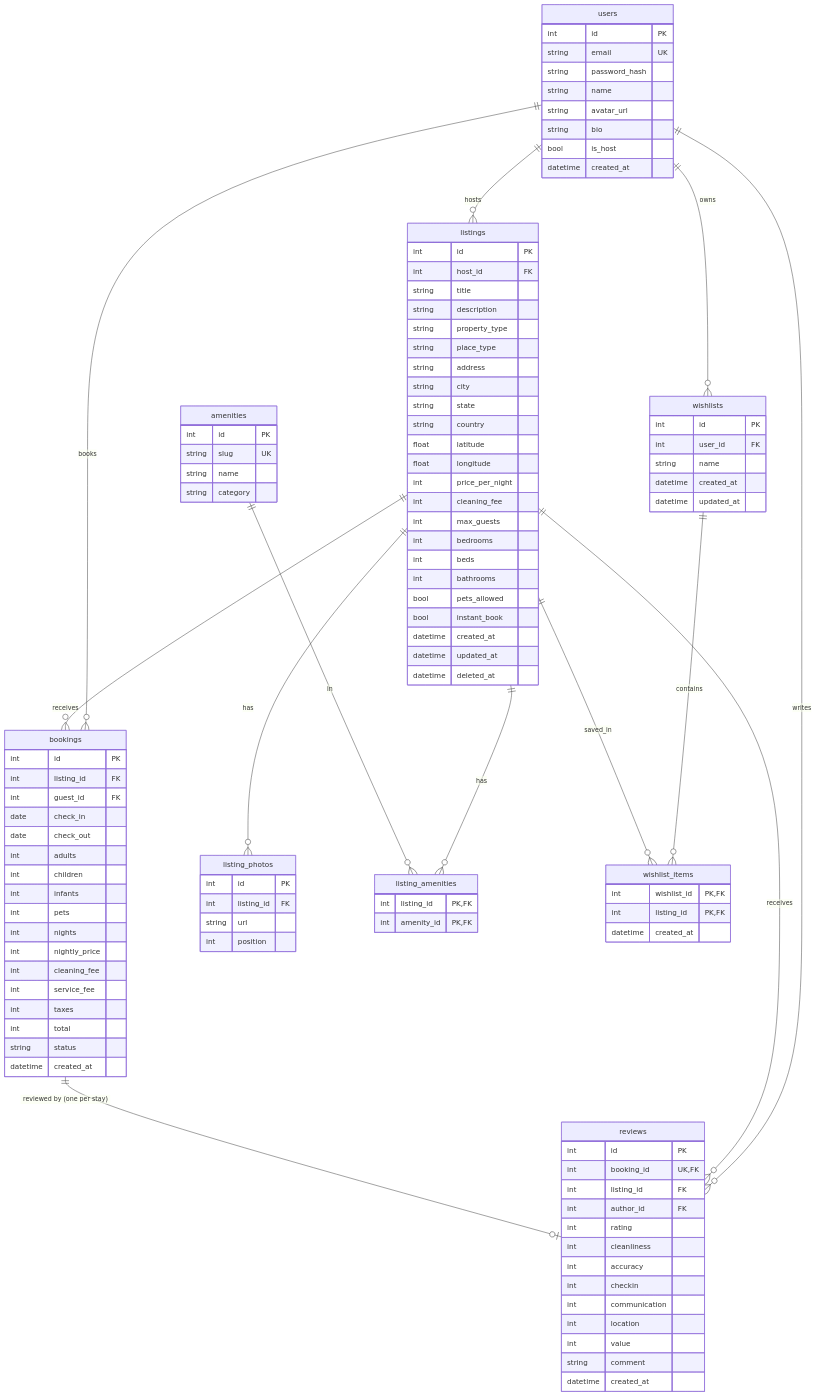
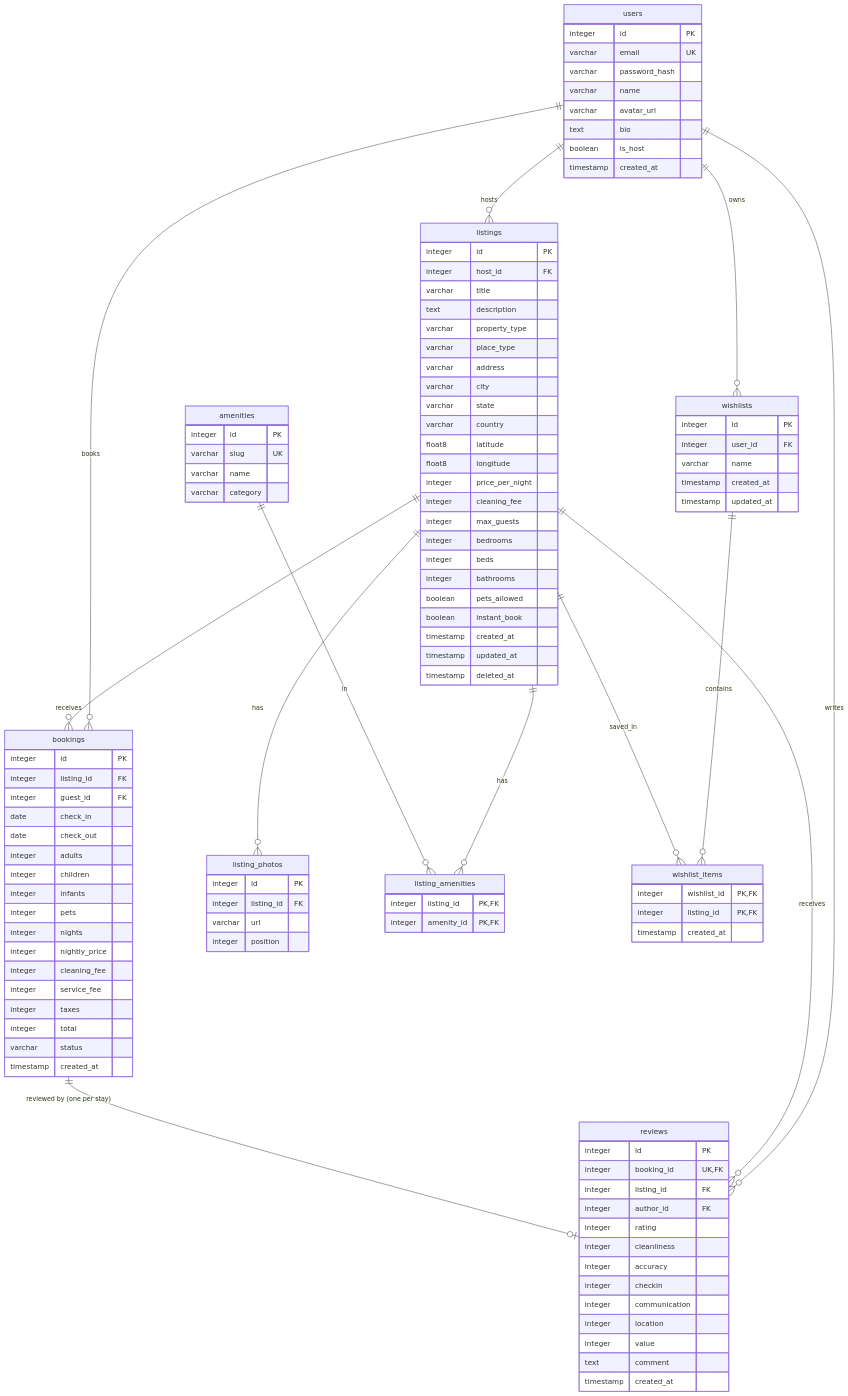
The second of 2 diagrams in README.md (kshitizj03/airbnb-clone), drawn with Mermaid before and after one commit. The commit also changed other lines of this file, not shown here.

````diff
--- a/README.md
+++ b/README.md
@@ -99,100 +99,100 @@
   listings ||--o{ wishlist_items : saved_in
 
   users {
-    int id PK
-    string email UK
-    string password_hash
-    string name
-    string avatar_url
-    string bio
-    bool is_host
-    datetime created_at
+    integer id PK
+    varchar email UK
+    varchar password_hash
+    varchar name
+    varchar avatar_url
+    text bio
+    boolean is_host
+    timestamp created_at
   }
   listings {
-    int id PK
-    int host_id FK
-    string title
-    string description
-    string property_type
-    string place_type
-    string address
-    string city
-    string state
-    string country
-    float latitude
-    float longitude
-    int price_per_night
-    int cleaning_fee
-    int max_guests
-    int bedrooms
-    int beds
-    int bathrooms
-    bool pets_allowed
-    bool instant_book
-    datetime created_at
-    datetime updated_at
-    datetime deleted_at
+    integer id PK
+    integer host_id FK
+    varchar title
+    text description
+    varchar property_type
+    varchar place_type
+    varchar address
+    varchar city
+    varchar state
+    varchar country
+    float8 latitude
+    float8 longitude
+    integer price_per_night
+    integer cleaning_fee
+    integer max_guests
+    integer bedrooms
+    integer beds
+    integer bathrooms
+    boolean pets_allowed
+    boolean instant_book
+    timestamp created_at
+    timestamp updated_at
+    timestamp deleted_at
   }
   listing_photos {
-    int id PK
-    int listing_id FK
-    string url
-    int position
+    integer id PK
+    integer listing_id FK
+    varchar url
+    integer position
   }
   amenities {
-    int id PK
-    string slug UK
-    string name
-    string category
+    integer id PK
+    varchar slug UK
+    varchar name
+    varchar category
   }
   listing_amenities {
-    int listing_id PK, FK
-    int amenity_id PK, FK
+    integer listing_id PK, FK
+    integer amenity_id PK, FK
   }
   bookings {
-    int id PK
-    int listing_id FK
-    int guest_id FK
+    integer id PK
+    integer listing_id FK
+    integer guest_id FK
     date check_in
     date check_out
-    int adults
-    int children
-    int infants
-    int pets
-    int nights
-    int nightly_price
-    int cleaning_fee
-    int service_fee
-    int taxes
-    int total
-    string status
-    datetime created_at
+    integer adults
+    integer children
+    integer infants
+    integer pets
+    integer nights
+    integer nightly_price
+    integer cleaning_fee
+    integer service_fee
+    integer taxes
+    integer total
+    varchar status
+    timestamp created_at
   }
   reviews {
-    int id PK
-    int booking_id UK, FK
-    int listing_id FK
-    int author_id FK
-    int rating
-    int cleanliness
-    int accuracy
-    int checkin
-    int communication
-    int location
-    int value
-    string comment
-    datetime created_at
+    integer id PK
+    integer booking_id UK, FK
+    integer listing_id FK
+    integer author_id FK
+    integer rating
+    integer cleanliness
+    integer accuracy
+    integer checkin
+    integer communication
+    integer location
+    integer value
+    text comment
+    timestamp created_at
   }
   wishlists {
-    int id PK
-    int user_id FK
-    string name
-    datetime created_at
-    datetime updated_at
+    integer id PK
+    integer user_id FK
+    varchar name
+    timestamp created_at
+    timestamp updated_at
   }
   wishlist_items {
-    int wishlist_id PK, FK
-    int listing_id PK, FK
-    datetime created_at
+    integer wishlist_id PK, FK
+    integer listing_id PK, FK
+    timestamp created_at
   }
 ```
````
